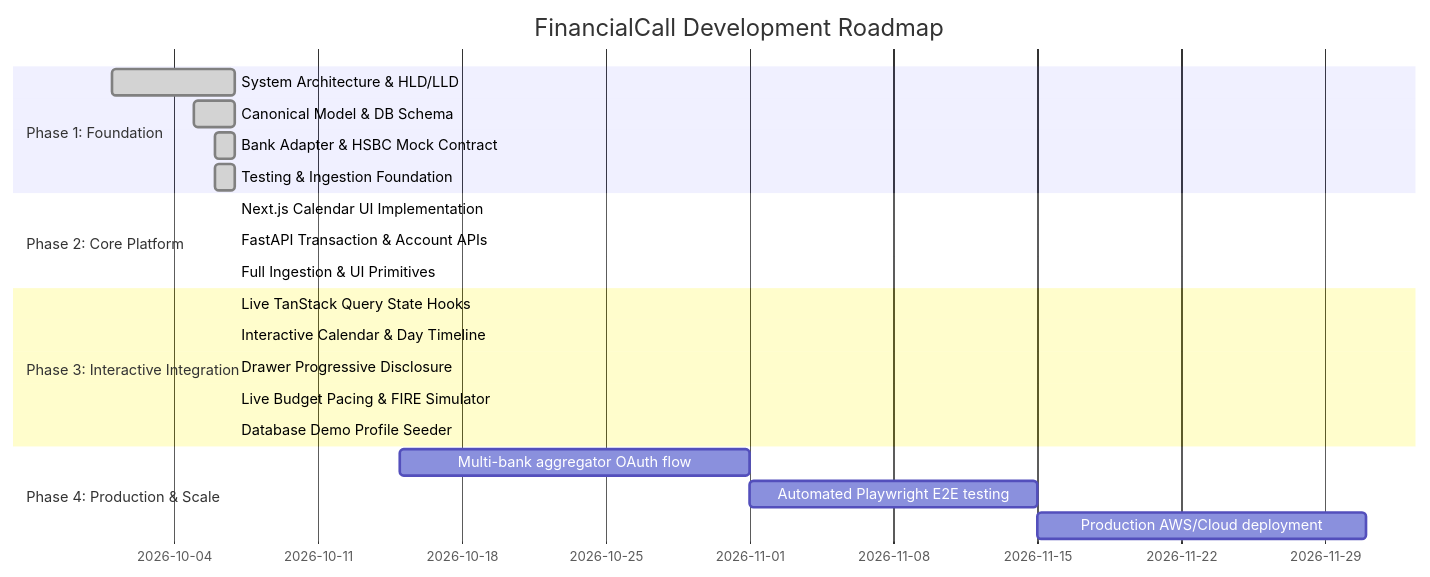
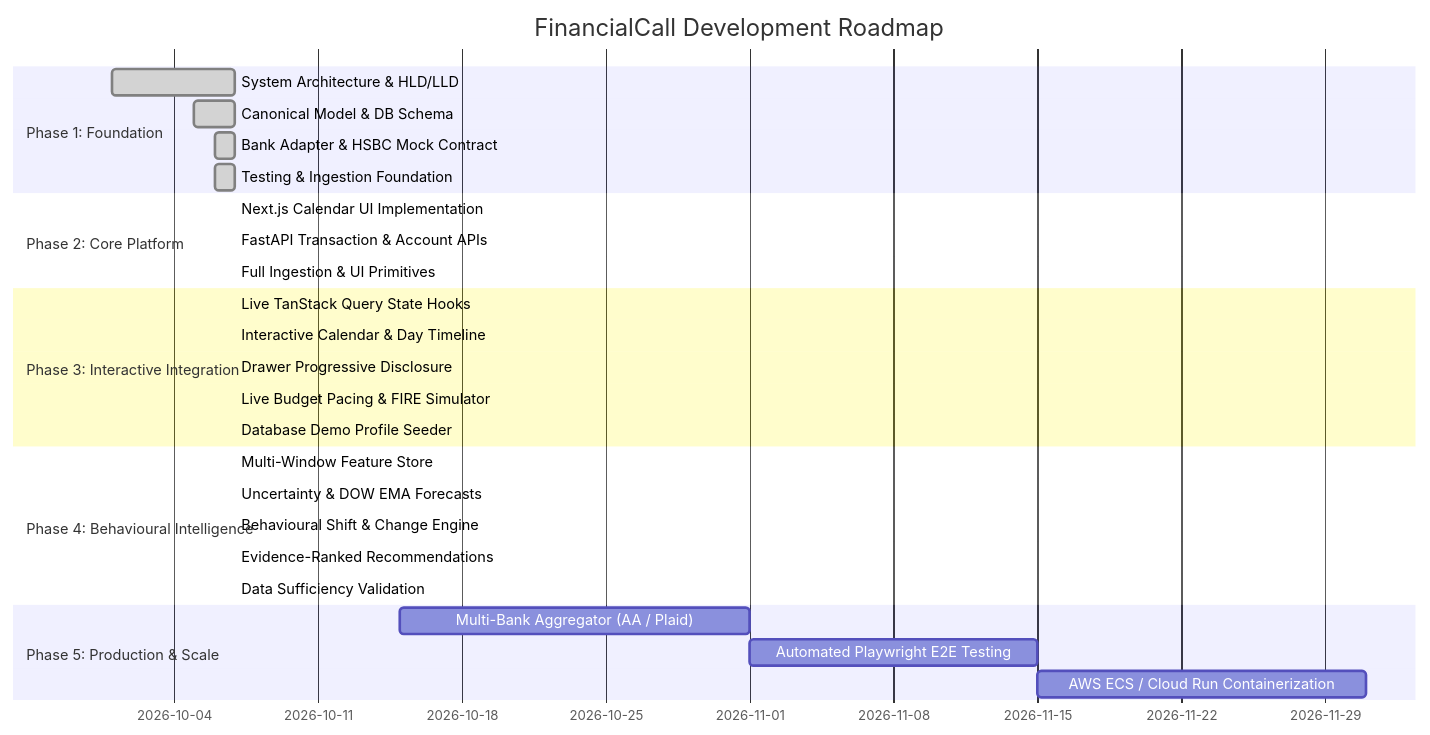
Before and after one commit to EncrypterParv/Finora: the diagram in docs/product/roadmap.md, drawn with Mermaid. The commit also changed other lines of this file, not shown here.

Commit message:
docs(product): update roadmap for Phase 4 behavioural intelligence delivery

````diff
--- a/docs/product/roadmap.md
+++ b/docs/product/roadmap.md
@@ -3,27 +3,34 @@
 ```mermaid
 gantt
     title FinancialCall Development Roadmap
     dateFormat  YYYY-MM-DD
     section Phase 1: Foundation
     System Architecture & HLD/LLD       :done,    p1_1, 2026-10-01, 2026-10-07
     Canonical Model & DB Schema         :done,    p1_2, 2026-10-05, 2026-10-07
     Bank Adapter & HSBC Mock Contract   :done,    p1_3, 2026-10-06, 2026-10-07
     Testing & Ingestion Foundation      :done,    p1_4, 2026-10-06, 2026-10-07
     
     section Phase 2: Core Platform
     Next.js Calendar UI Implementation  :done,    p2_1, 2026-10-07, 2026-10-07
     FastAPI Transaction & Account APIs  :done,    p2_2, 2026-10-07, 2026-10-07
     Full Ingestion & UI Primitives      :done,    p2_3, 2026-10-07, 2026-10-07
     
     section Phase 3: Interactive Integration
     Live TanStack Query State Hooks     :done,    p3_1, 2026-10-07, 2026-10-07
     Interactive Calendar & Day Timeline :done,    p3_2, 2026-10-07, 2026-10-07
     Drawer Progressive Disclosure       :done,    p3_3, 2026-10-07, 2026-10-07
     Live Budget Pacing & FIRE Simulator :done,    p3_4, 2026-10-07, 2026-10-07
     Database Demo Profile Seeder        :done,    p3_5, 2026-10-07, 2026-10-07
     
-    section Phase 4: Production & Scale
-    Multi-bank aggregator OAuth flow    :         p4_1, 2026-10-15, 2026-11-01
-    Automated Playwright E2E testing    :         p4_2, 2026-11-01, 2026-11-15
-    Production AWS/Cloud deployment     :         p4_3, 2026-11-15, 2026-12-01
+    section Phase 4: Behavioural Intelligence
+    Multi-Window Feature Store          :done,    p4_1, 2026-10-07, 2026-10-07
+    Uncertainty & DOW EMA Forecasts     :done,    p4_2, 2026-10-07, 2026-10-07
+    Behavioural Shift & Change Engine   :done,    p4_3, 2026-10-07, 2026-10-07
+    Evidence-Ranked Recommendations     :done,    p4_4, 2026-10-07, 2026-10-07
+    Data Sufficiency Validation         :done,    p4_5, 2026-10-07, 2026-10-07
+
+    section Phase 5: Production & Scale
+    Multi-Bank Aggregator (AA / Plaid)  :         p5_1, 2026-10-15, 2026-11-01
+    Automated Playwright E2E Testing    :         p5_2, 2026-11-01, 2026-11-15
+    AWS ECS / Cloud Run Containerization:         p5_3, 2026-11-15, 2026-12-01
 ```
````
